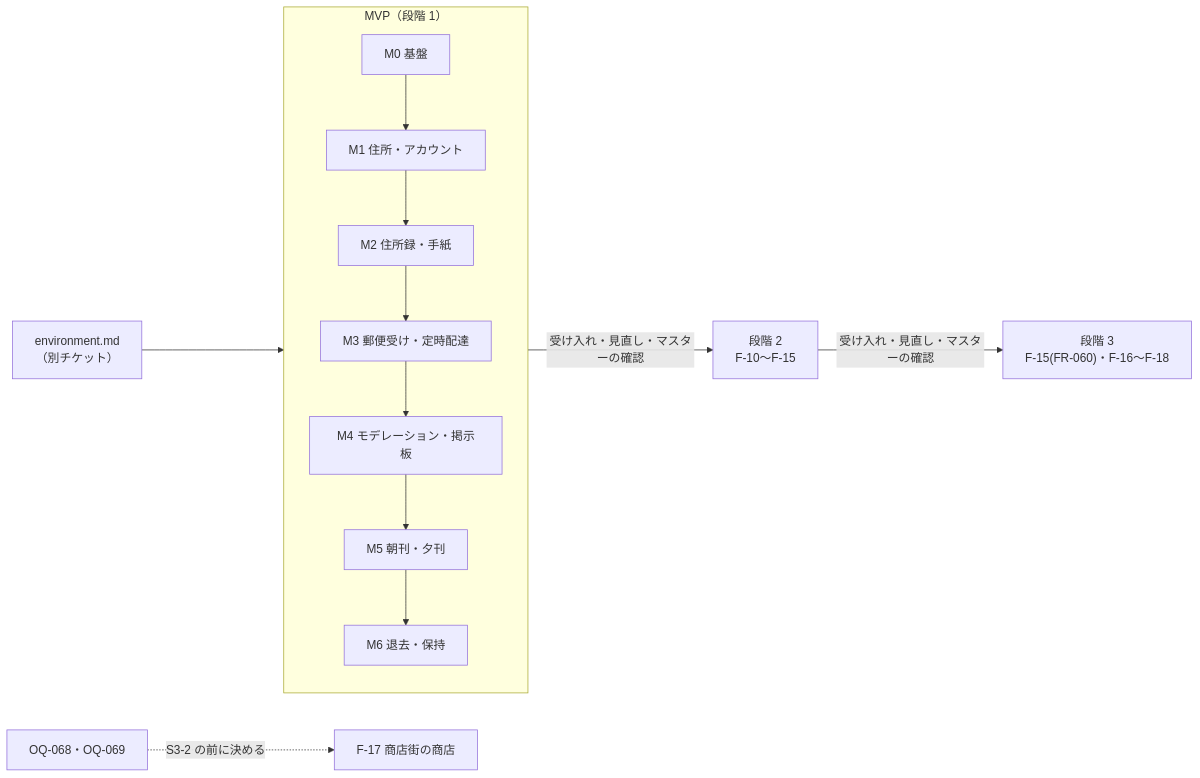
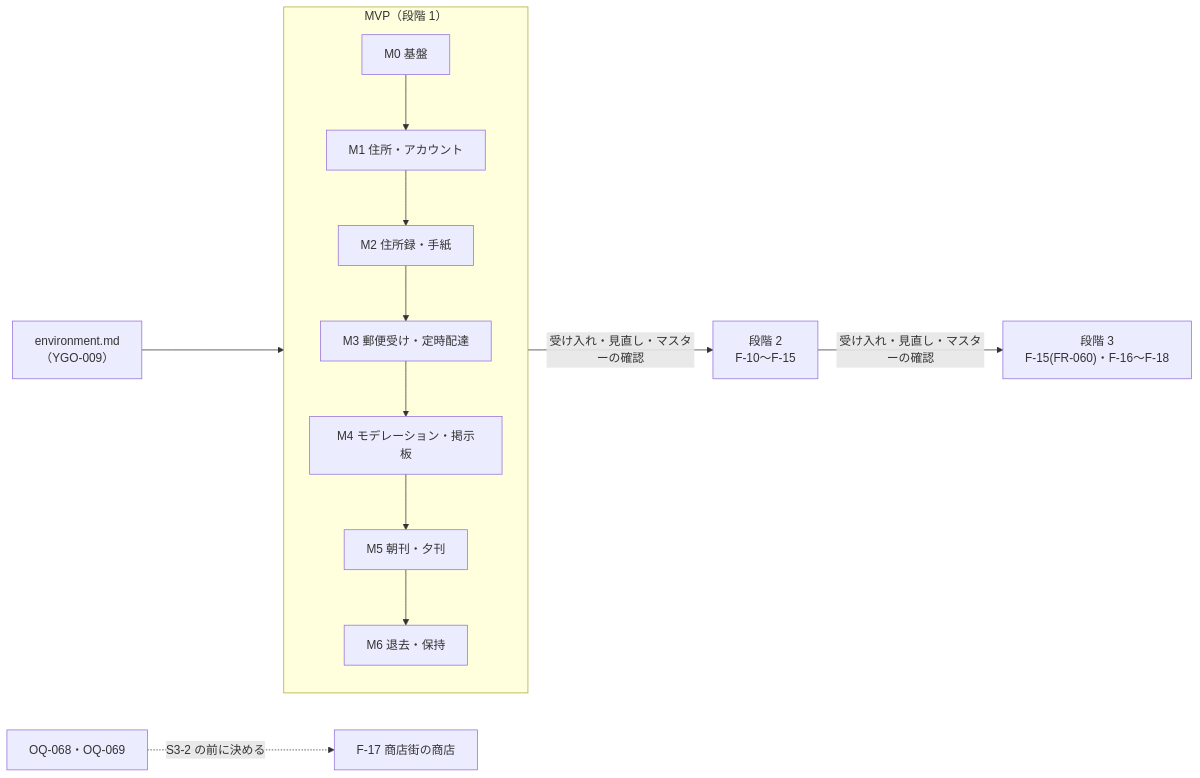
Before and after one commit to BONUS-git/yuguregaoka-3chome: the diagram in .ai/roadmap.md, drawn with Mermaid. The commit also changed other lines of this file and 10 other files, not shown here.

````diff
--- a/.ai/roadmap.md
+++ b/.ai/roadmap.md
@@ -70,10 +70,10 @@
 ```mermaid
 flowchart LR
-    ENV["environment.md\n（別チケット）"] --> MVP
+    ENV["environment.md\n（YGO-009）"] --> MVP
     subgraph MVP["MVP（段階 1）"]
         M0["M0 基盤"] --> M1["M1 住所・アカウント"] --> M2["M2 住所録・手紙"] --> M3["M3 郵便受け・定時配達"] --> M4["M4 モデレーション・掲示板"] --> M5["M5 朝刊・夕刊"] --> M6["M6 退去・保持"]
     end
     MVP -->|"受け入れ・見直し・マスターの確認"| S2["段階 2\nF-10〜F-15"]
     S2 -->|"受け入れ・見直し・マスターの確認"| S3["段階 3\nF-15(FR-060)・F-16〜F-18"]
     OQ68["OQ-068・OQ-069"] -.->|S3-2 の前に決める| F17["F-17 商店街の商店"]
 ```
````
